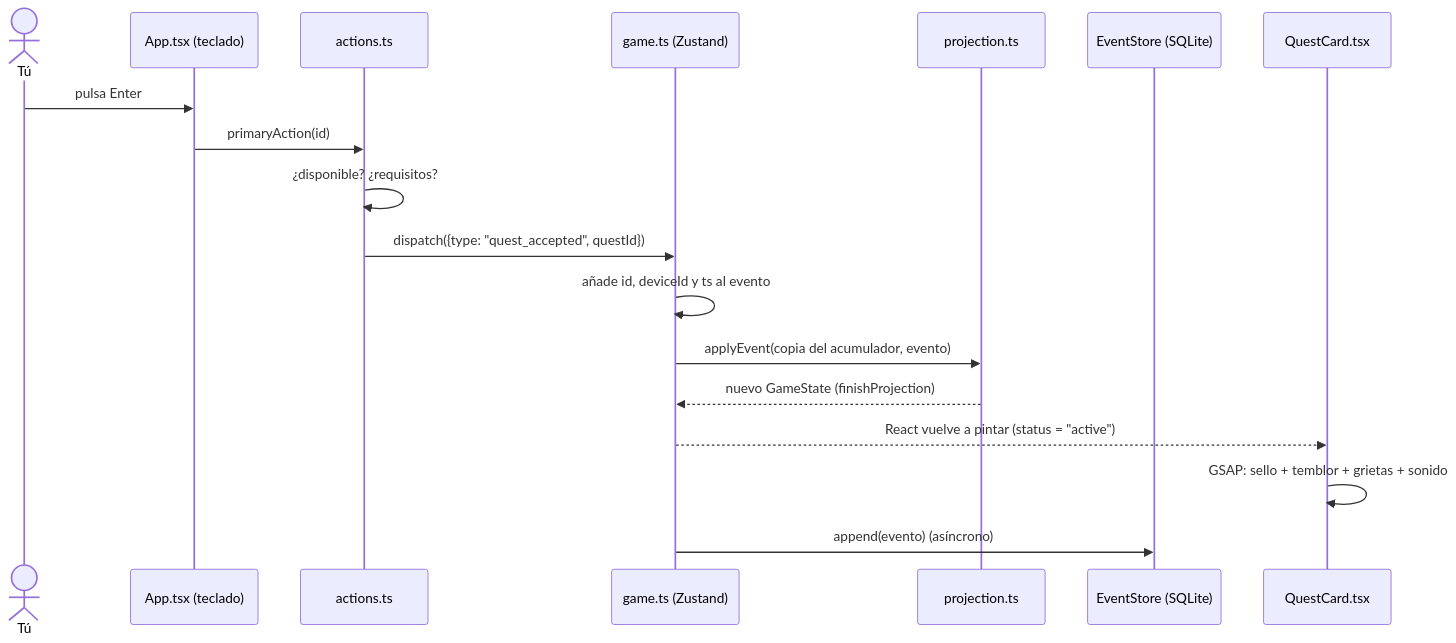
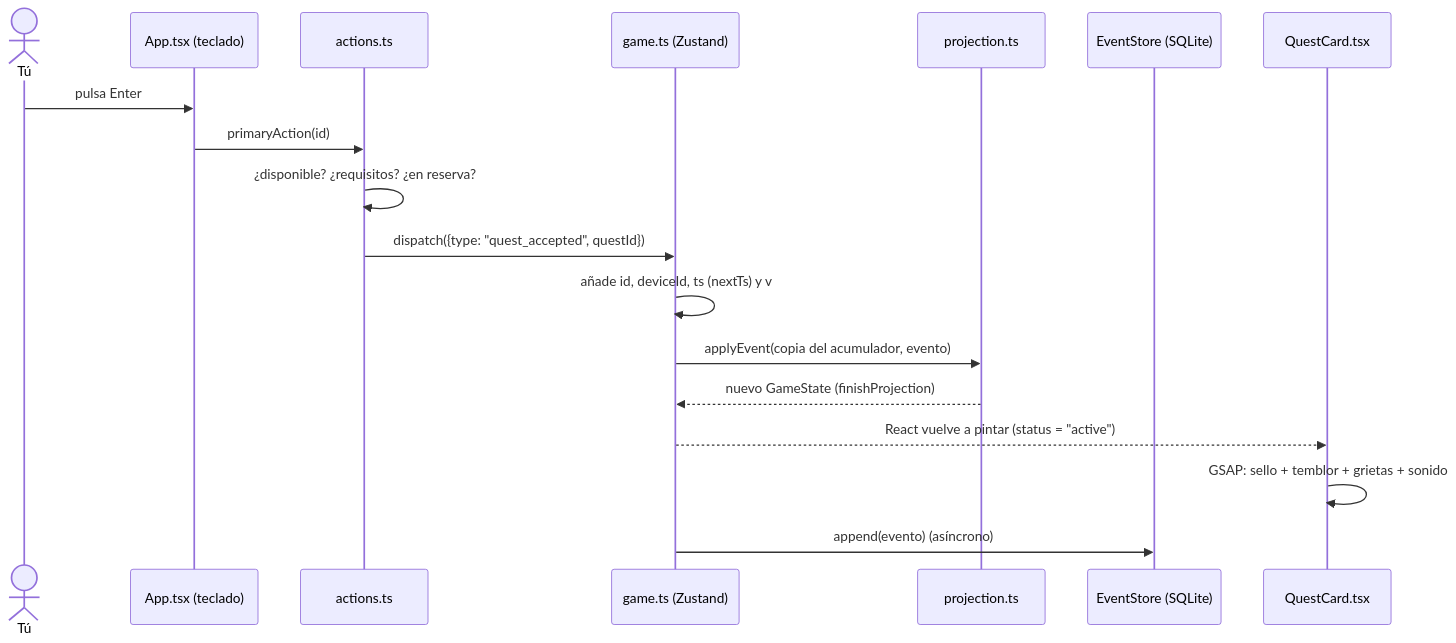
Before and after one commit to Carlos-Requena/Quest_Tareas: the diagram in docs/COMO-FUNCIONA.md, drawn with Mermaid. The commit also changed other lines of this file and 134 other files, not shown here.

````diff
--- a/docs/COMO-FUNCIONA.md
+++ b/docs/COMO-FUNCIONA.md
@@ -34,21 +31,21 @@
 ```mermaid
 sequenceDiagram
     actor Tú
     participant App as App.tsx (teclado)
     participant Act as actions.ts
     participant Store as game.ts (Zustand)
     participant Dom as projection.ts
     participant DB as EventStore (SQLite)
     participant Card as QuestCard.tsx
 
     Tú->>App: pulsa Enter
     App->>Act: primaryAction(id)
-    Act->>Act: ¿disponible? ¿requisitos?
+    Act->>Act: ¿disponible? ¿requisitos? ¿en reserva?
     Act->>Store: dispatch({type: "quest_accepted", questId})
-    Store->>Store: añade id, deviceId y ts al evento
+    Store->>Store: añade id, deviceId, ts (nextTs) y v
     Store->>Dom: applyEvent(copia del acumulador, evento)
     Dom-->>Store: nuevo GameState (finishProjection)
     Store-->>Card: React vuelve a pintar (status = "active")
     Card->>Card: GSAP: sello + temblor + grietas + sonido
     Store->>DB: append(evento) (asíncrono)
 ```
````
